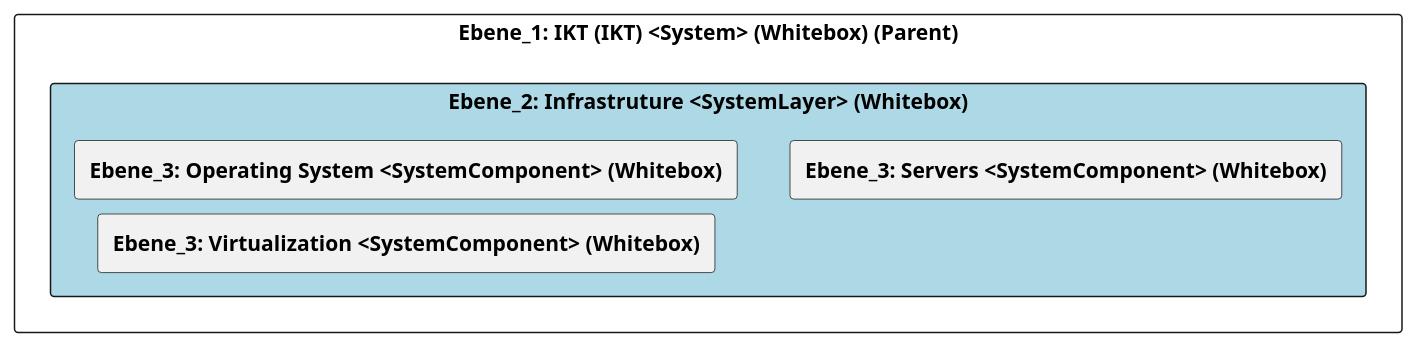
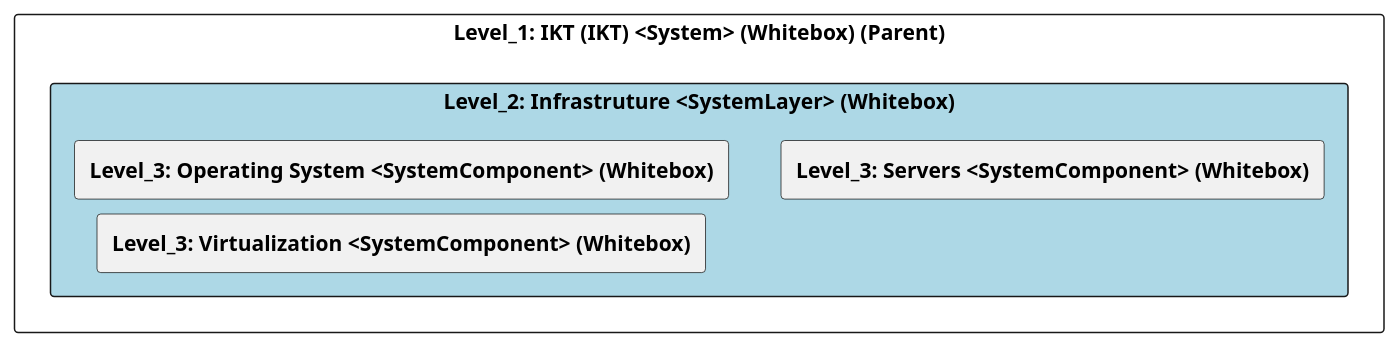
Before and after one commit to marcozwyssig/cleon: the diagram in src/cleon.architecturemethods.arc42.sample/doc/cleon_architecturemethods_arc42_sample_system/adoc/de/05_bausteinsicht/ikt/infrastruture/ebene_2_infrastruture.adoc, drawn with PlantUML. The commit also changed other lines of this file and 169 other files, not shown here.

```diff
--- a/src/cleon.architecturemethods.arc42.sample/doc/cleon_architecturemethods_arc42_sample_system/adoc/de/05_bausteinsicht/ikt/infrastruture/ebene_2_infrastruture.adoc
+++ b/src/cleon.architecturemethods.arc42.sample/doc/cleon_architecturemethods_arc42_sample_system/adoc/de/05_bausteinsicht/ikt/infrastruture/ebene_2_infrastruture.adoc
@@ -24,26 +24,26 @@
-[plantuml, Ebene_2: Infrastruture <SystemLayer> (Whitebox)BlockOverview, format="svg"]
+[plantuml, Level_2: Infrastruture <SystemLayer> (Whitebox)BlockOverview, format="svg"]
 ----
-@startuml Ebene_2: Infrastruture <SystemLayer> (Whitebox)BuildingBlockOverview
+@startuml Level_2: Infrastruture <SystemLayer> (Whitebox)BuildingBlockOverview
 
 skinparam ranksep 10
 skinparam componentStyle rectangle
 skinparam shadowing false
 skinparam arrowColor lightblue
 skinparam arrowThickness 1.2
 skinparam rectangle {
   BackgroundColor White
   BorderColor #333
   RoundCorner 10
 }
 top to bottom direction
 
-component "Ebene_1: IKT (IKT) <System> (Whitebox) (Parent)" {
-    component "Ebene_2: Infrastruture <SystemLayer> (Whitebox)" #lightblue {
-        [**Ebene_3: Operating System <SystemComponent> (Whitebox)**] as 07FC9046_BEE7_11EF_8DCB_A78DEF9EA3BD
-        [**Ebene_3: Servers <SystemComponent> (Whitebox)**] as 42DB7E7F_BEDF_11EF_B498_058EE446F8E7
-        [**Ebene_3: Virtualization <SystemComponent> (Whitebox)**] as 483100CA_BEDF_11EF_B498_058EE446F8E7
+component "Level_1: IKT (IKT) <System> (Whitebox) (Parent)" {
+    component "Level_2: Infrastruture <SystemLayer> (Whitebox)" #lightblue {
+        [**Level_3: Operating System <SystemComponent> (Whitebox)**] as 07FC9046_BEE7_11EF_8DCB_A78DEF9EA3BD
+        [**Level_3: Servers <SystemComponent> (Whitebox)**] as 42DB7E7F_BEDF_11EF_B498_058EE446F8E7
+        [**Level_3: Virtualization <SystemComponent> (Whitebox)**] as 483100CA_BEDF_11EF_B498_058EE446F8E7
     }
 }
 
 @enduml
 ----
```
